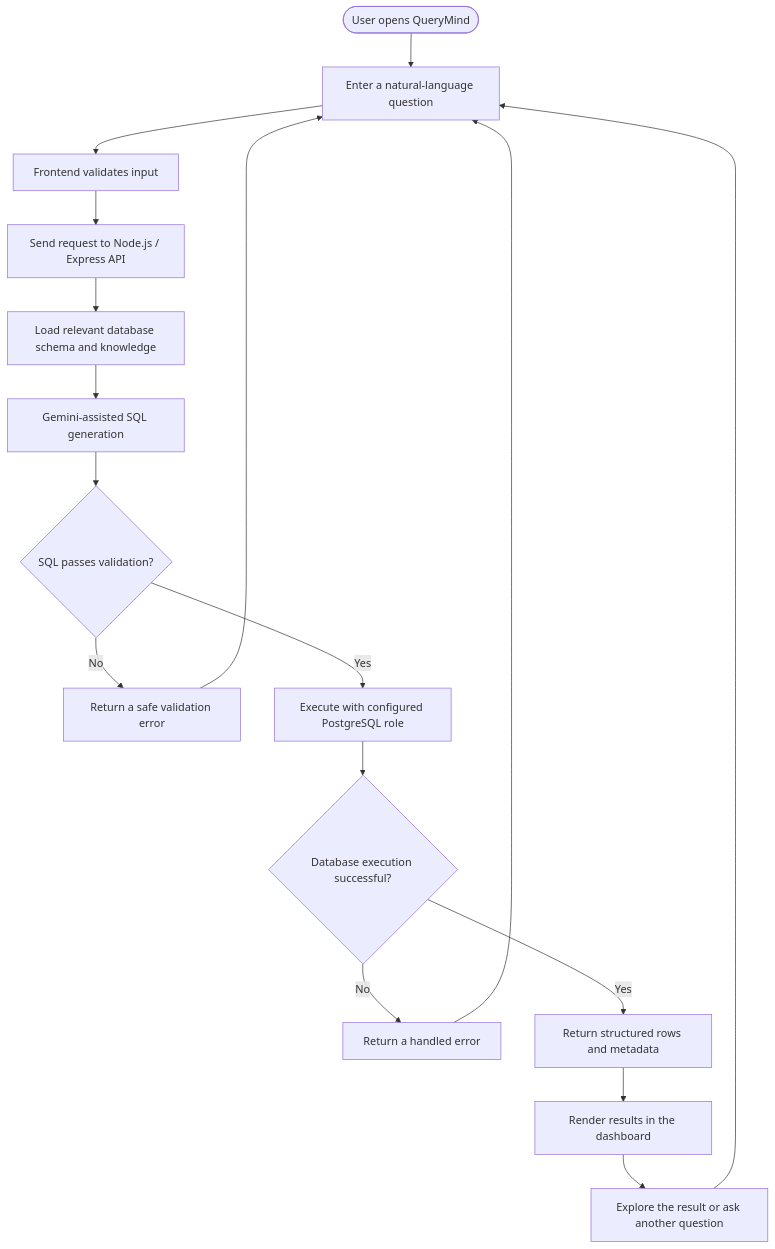
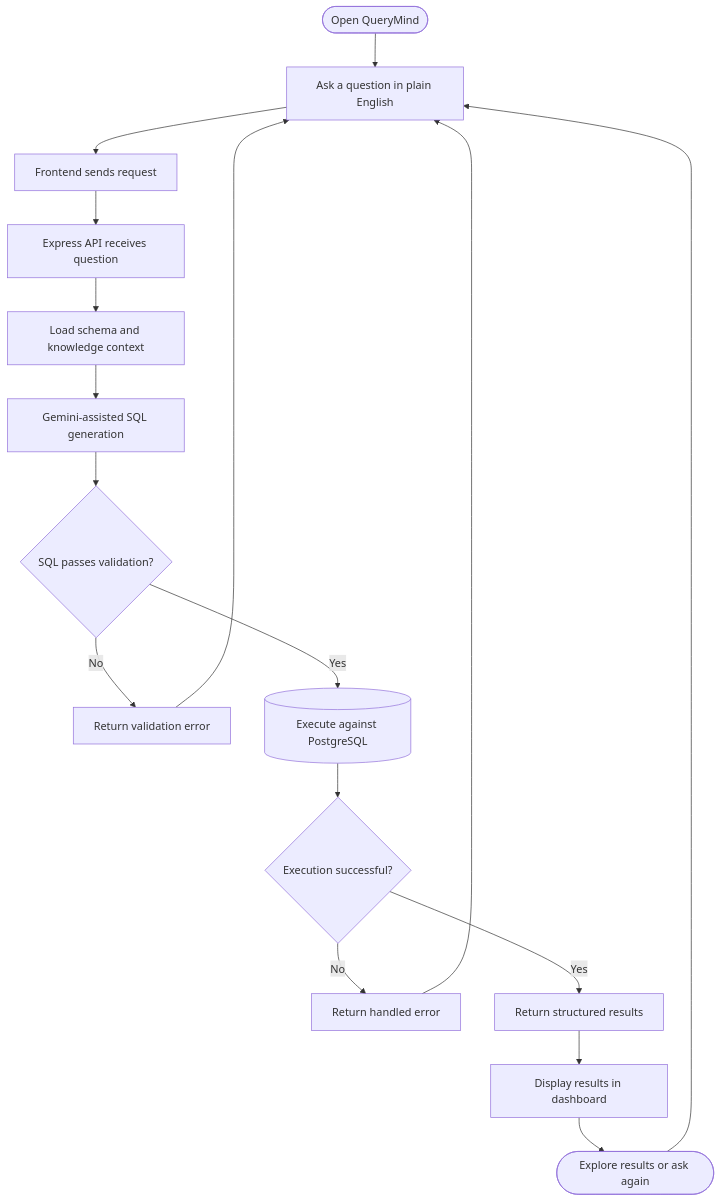
One commit to Gautam0804/QueryMind changed the first of 2 diagrams in README.md. Above: the diagram before and after it, drawn with Mermaid. The commit also changed other lines of this file, not shown here.

Commit message:
docs: upgrade QueryMind README

````diff
--- a/README.md
+++ b/README.md
@@ -38,19 +44,19 @@
 ```mermaid
 flowchart TD
-    A([User opens QueryMind]) --> B[Enter a natural-language question]
-    B --> C[Frontend validates input]
-    C --> D[Send request to Node.js / Express API]
-    D --> E[Load relevant database schema and knowledge]
-    E --> F[Gemini-assisted SQL generation]
-    F --> G{SQL passes validation?}
-    G -- No --> H[Return a safe validation error]
+    A(["Open QueryMind"]) --> B["Ask a question in plain English"]
+    B --> C["Frontend sends request"]
+    C --> D["Express API receives question"]
+    D --> E["Load schema and knowledge context"]
+    E --> F["Gemini-assisted SQL generation"]
+    F --> G{"SQL passes validation?"}
+    G -- "No" --> H["Return validation error"]
     H --> B
-    G -- Yes --> I[Execute with configured PostgreSQL role]
-    I --> J{Database execution successful?}
-    J -- No --> K[Return a handled error]
+    G -- "Yes" --> I[("Execute against PostgreSQL")]
+    I --> J{"Execution successful?"}
+    J -- "No" --> K["Return handled error"]
     K --> B
-    J -- Yes --> L[Return structured rows and metadata]
-    L --> M[Render results in the dashboard]
-    M --> N[Explore the result or ask another question]
+    J -- "Yes" --> L["Return structured results"]
+    L --> M["Display results in dashboard"]
+    M --> N(["Explore results or ask again"])
     N --> B
 ```
````
